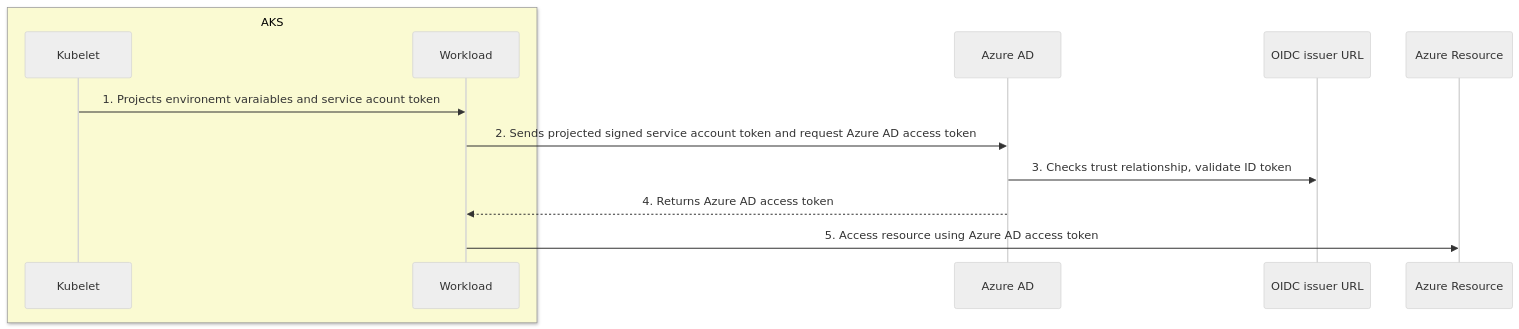
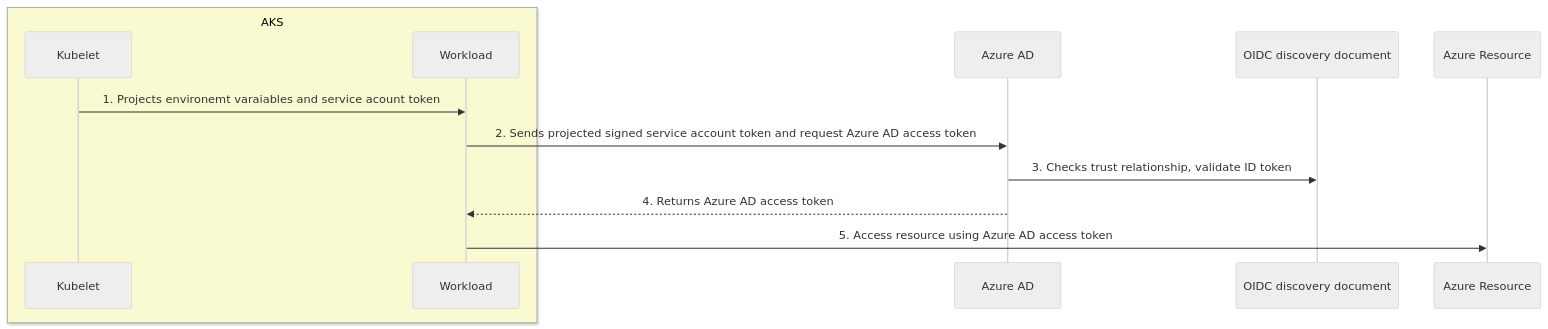
Before and after one commit to shipuyao/myaksplayground: the first of 3 diagrams in docs/guides/workload-identity/azure-workload-identity.md, drawn with Mermaid (neutral theme). The commit also changed other lines of this file and 3 other files, not shown here.

````diff
--- a/docs/guides/workload-identity/azure-workload-identity.md
+++ b/docs/guides/workload-identity/azure-workload-identity.md
@@ -23,12 +30,12 @@
 ```mermaid
 sequenceDiagram
     box LightGoldenrodYellow AKS
     participant Kubelet
     participant Workload
     end
     Kubelet->>Workload: 1. Projects environemt varaiables and service acount token
     Workload->>Azure AD: 2. Sends projected signed service account token and request Azure AD access token
-    Azure AD->>OIDC issuer URL: 3. Checks trust relationship, validate ID token
+    Azure AD->>OIDC discovery document: 3. Checks trust relationship, validate ID token
     Azure AD-->>Workload: 4. Returns Azure AD access token
     Workload->>Azure Resource: 5. Access resource using Azure AD access token
 ```
````
